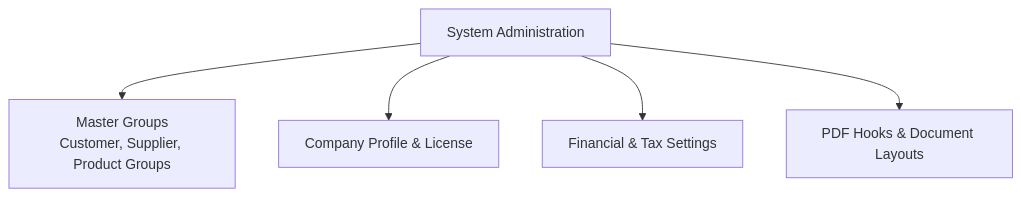
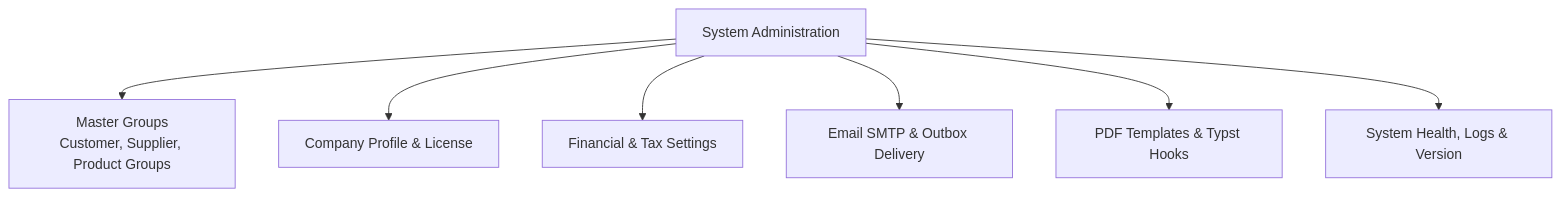
One commit to herobmdotcom/herobm changed the diagram in docs/user/admin_groups_settings.md. Above: the diagram before and after it, drawn with Mermaid. The commit also changed other lines of this file and 47 other files, not shown here.

````diff
--- a/docs/user/admin_groups_settings.md
+++ b/docs/user/admin_groups_settings.md
@@ -48,7 +61,9 @@
 ```mermaid
 flowchart TD
     S[System Administration] --> G[Master Groups<br/>Customer, Supplier, Product Groups]
     S --> C[Company Profile & License]
     S --> F[Financial & Tax Settings]
-    S --> P[PDF Hooks & Document Layouts]
+    S --> E[Email SMTP & Outbox Delivery]
+    S --> P[PDF Templates & Typst Hooks]
+    S --> H[System Health, Logs & Version]
 ```
````
